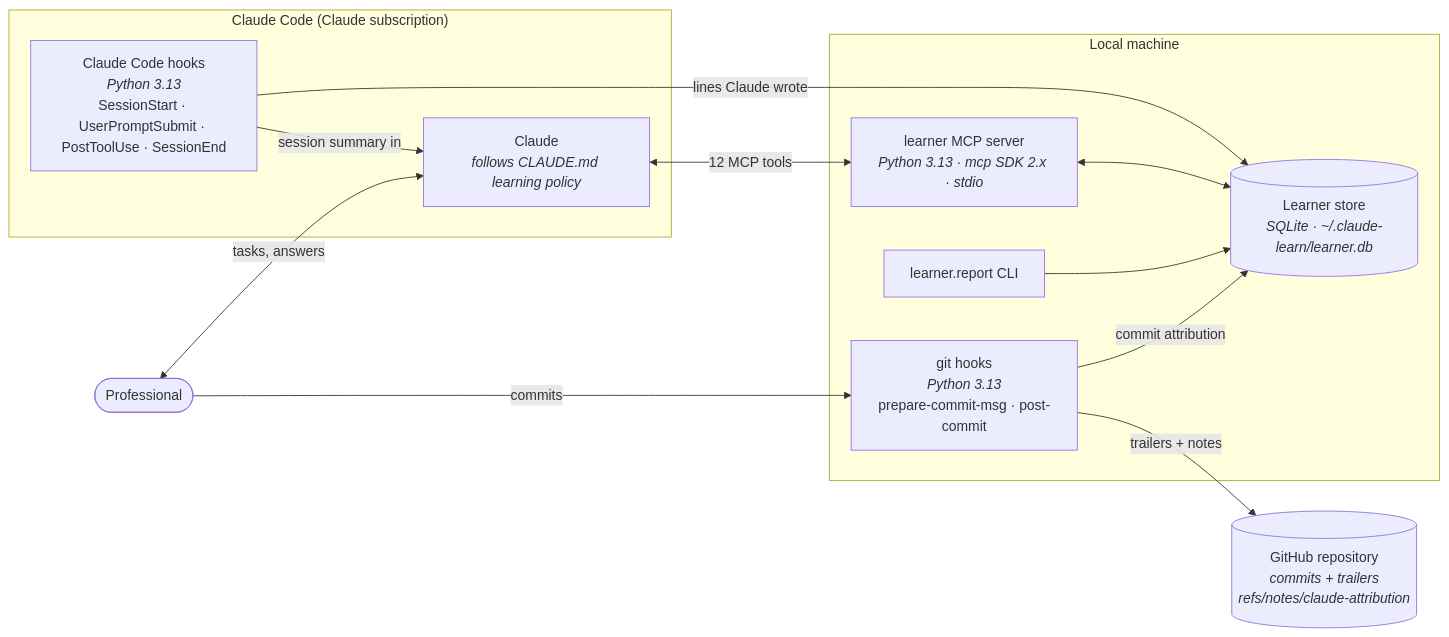
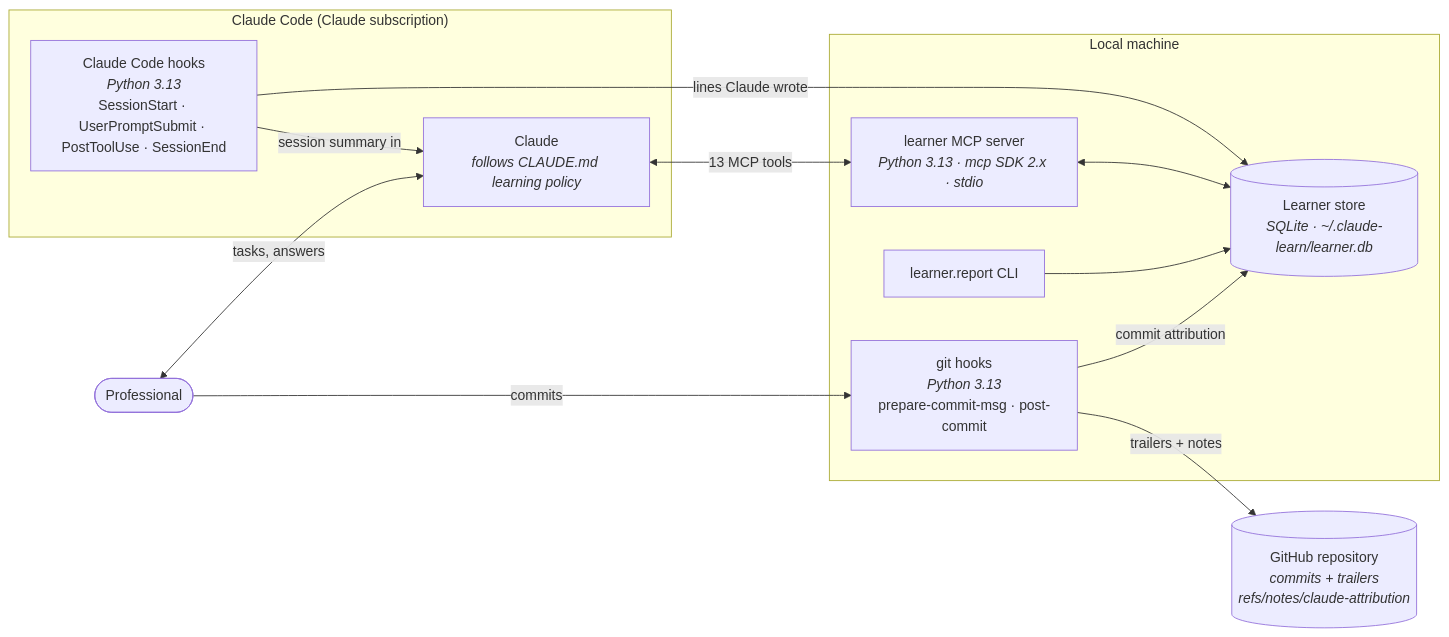
Before and after one commit to Wedro16/claude-learn: the first of 2 diagrams in docs/ARCHITECTURE.md, drawn with Mermaid. The commit also changed other lines of this file and 7 other files, not shown here.

````diff
--- a/docs/ARCHITECTURE.md
+++ b/docs/ARCHITECTURE.md
@@ -14,28 +14,28 @@
 ```mermaid
 flowchart LR
     person([Professional])
 
     subgraph cc["Claude Code (Claude subscription)"]
         claude["Claude<br/><i>follows CLAUDE.md learning policy</i>"]
         hooks["Claude Code hooks<br/><i>Python 3.13</i><br/>SessionStart · UserPromptSubmit · PostToolUse · SessionEnd"]
     end
 
     subgraph local["Local machine"]
         mcp["learner MCP server<br/><i>Python 3.13 · mcp SDK 2.x · stdio</i>"]
         db[("Learner store<br/><i>SQLite · ~/.claude-learn/learner.db</i>")]
         gh["git hooks<br/><i>Python 3.13</i><br/>prepare-commit-msg · post-commit"]
         report["learner.report CLI"]
     end
 
     repo[("GitHub repository<br/><i>commits + trailers<br/>refs/notes/claude-attribution</i>")]
 
     person <-->|tasks, answers| claude
-    claude <-->|12 MCP tools| mcp
+    claude <-->|13 MCP tools| mcp
     hooks -->|session summary in| claude
     hooks -->|lines Claude wrote| db
     mcp <--> db
     person -->|commits| gh
     gh -->|trailers + notes| repo
     gh -->|commit attribution| db
     report --> db
 ```
````
